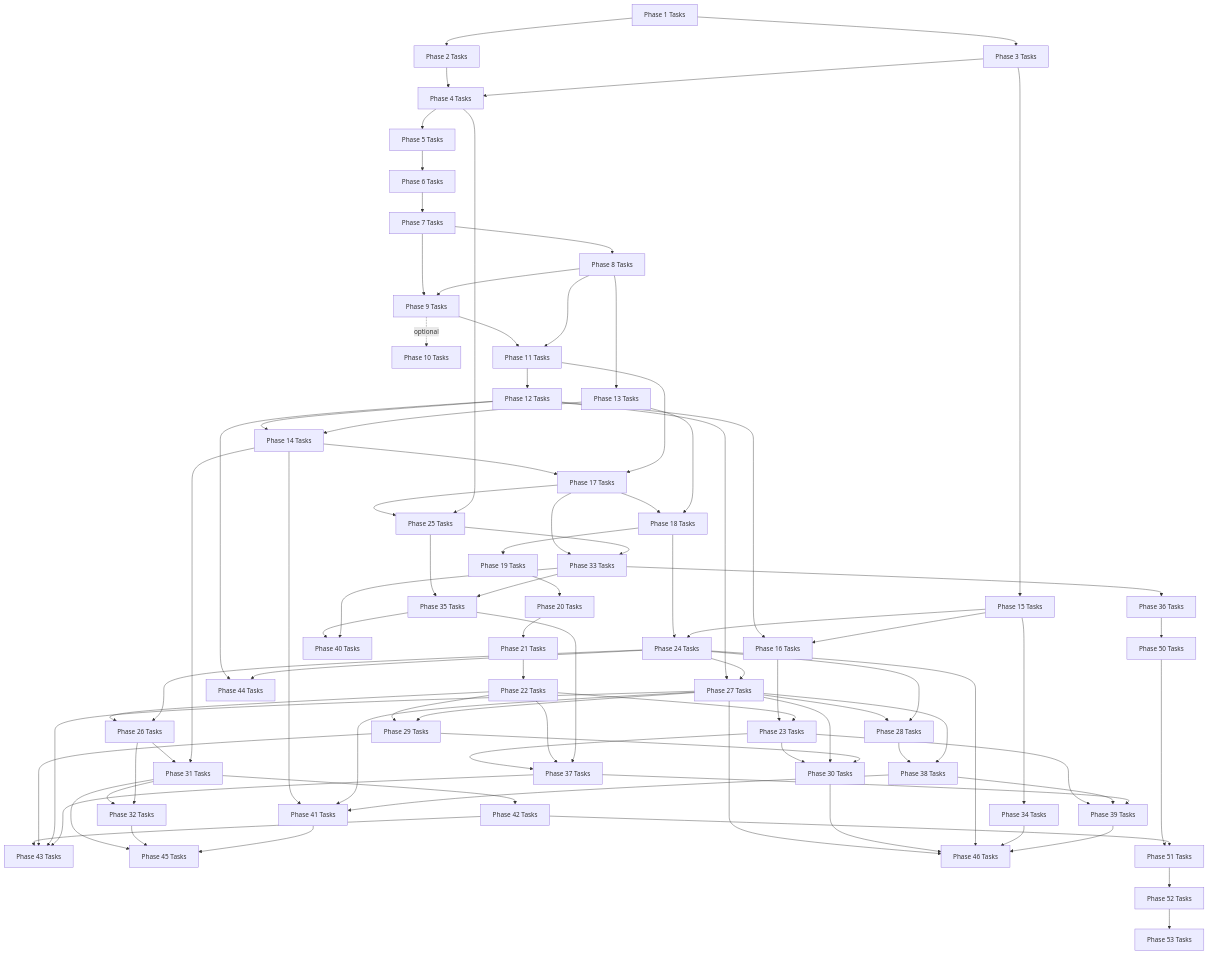
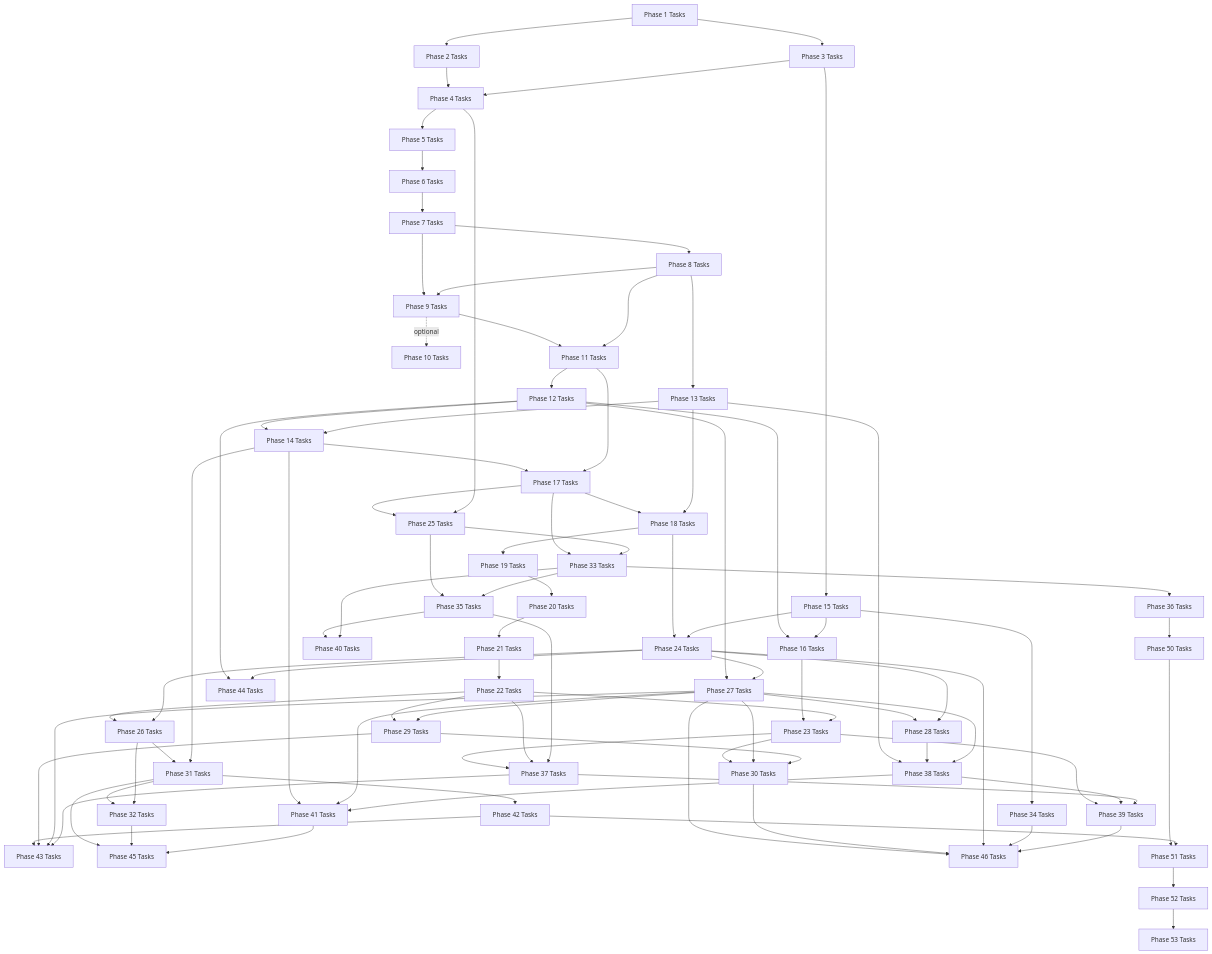
One commit to mikecubed/m3OS changed the diagram in docs/roadmap/tasks/README.md. Above: the diagram before and after it, drawn with Mermaid. The commit also changed other lines of this file and 23 other files, not shown here.

```diff
--- a/docs/roadmap/tasks/README.md
+++ b/docs/roadmap/tasks/README.md
@@ -96,6 +96,7 @@
     P23 --> P37["Phase 37 Tasks"]
     P22 --> P37
     P35 --> P37
+    P13 --> P38
     P28 --> P38["Phase 38 Tasks"]
     P27 --> P38
     P23 --> P39["Phase 39 Tasks"]
```
